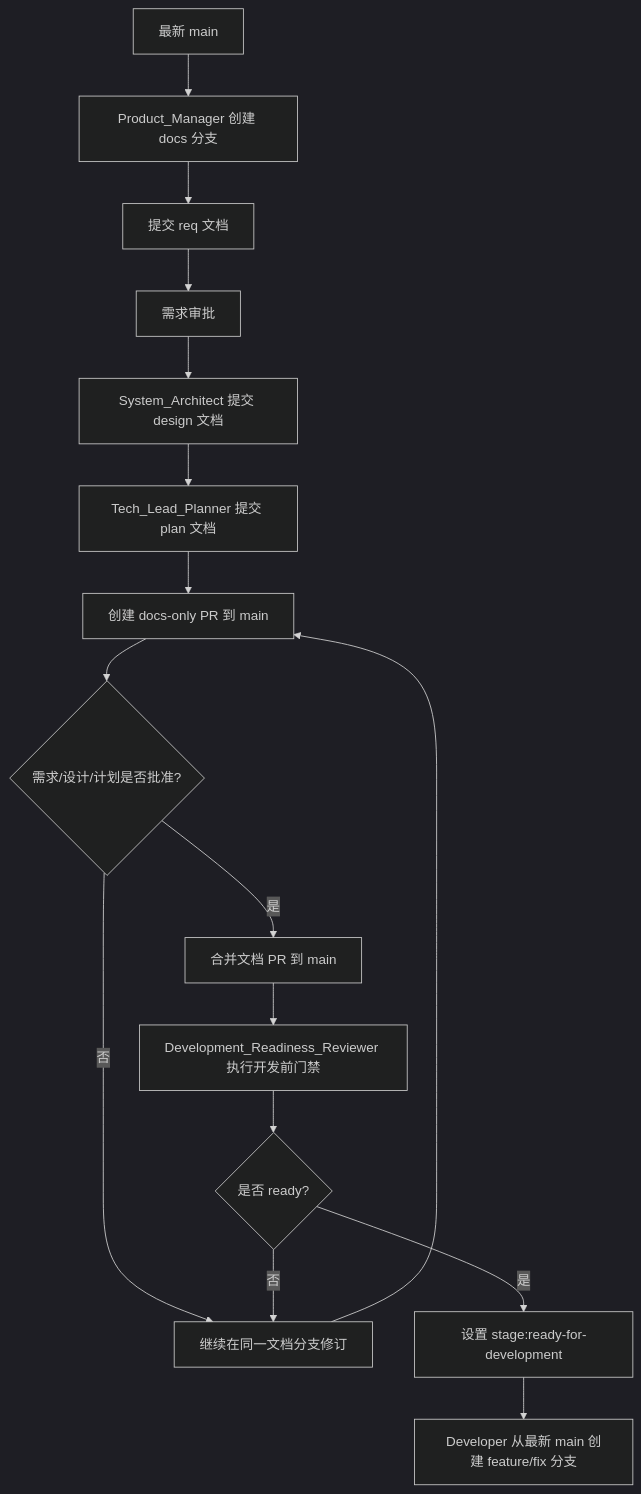
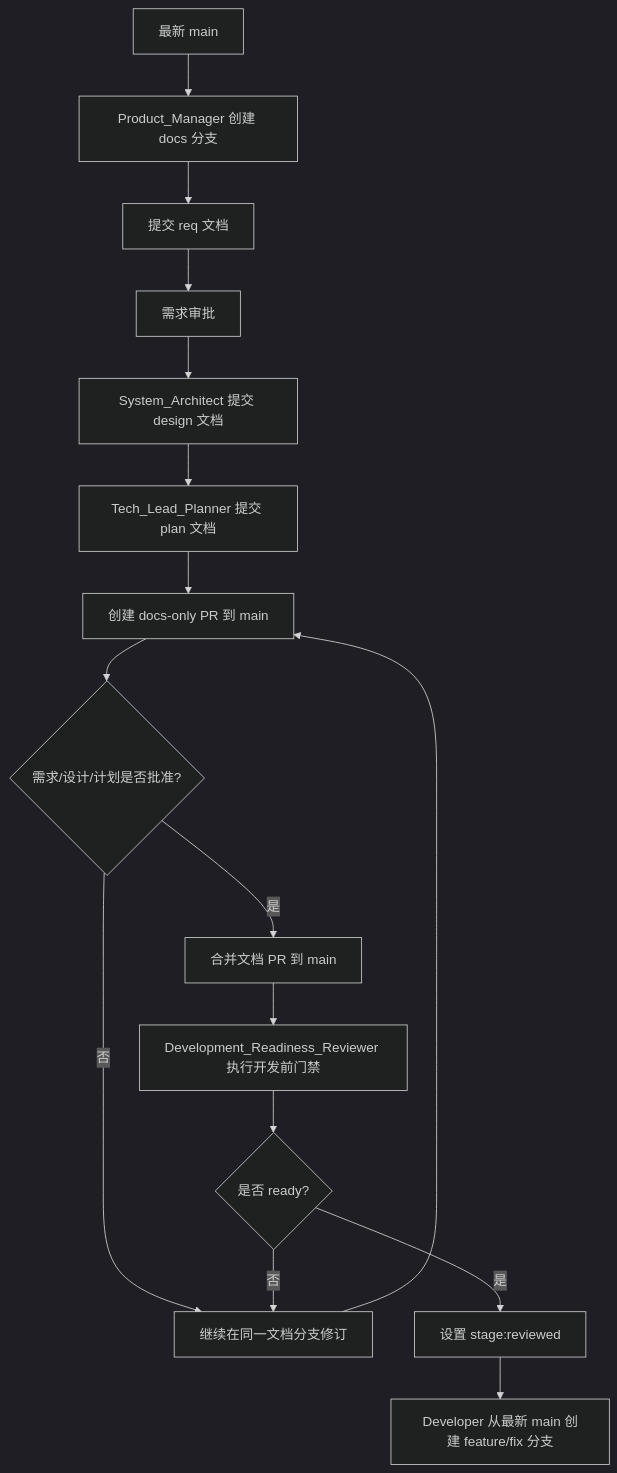
Before and after one commit to JumpStarGroup/health_platform: the sixth of 17 diagrams in docs/PROJECT-WORKFLOW-ROLES.md, drawn with Mermaid (dark theme). The commit also changed other lines of this file and 7 other files, not shown here.

````diff
--- a/docs/PROJECT-WORKFLOW-ROLES.md
+++ b/docs/PROJECT-WORKFLOW-ROLES.md
@@ -251,18 +251,18 @@
 ```mermaid
 flowchart TD
     A[最新 main] --> B[Product_Manager 创建 docs 分支]
     B --> C[提交 req 文档]
     C --> D[需求审批]
     D --> E[System_Architect 提交 design 文档]
     E --> F[Tech_Lead_Planner 提交 plan 文档]
     F --> G[创建 docs-only PR 到 main]
     G --> H{需求/设计/计划是否批准?}
     H -- 否 --> I[继续在同一文档分支修订]
     I --> G
     H -- 是 --> J[合并文档 PR 到 main]
     J --> K[Development_Readiness_Reviewer 执行开发前门禁]
     K --> L{是否 ready?}
     L -- 否 --> I
-    L -- 是 --> M[设置 stage:ready-for-development]
+    L -- 是 --> M[设置 stage:reviewed]
     M --> N[Developer 从最新 main 创建 feature/fix 分支]
 ```
````
